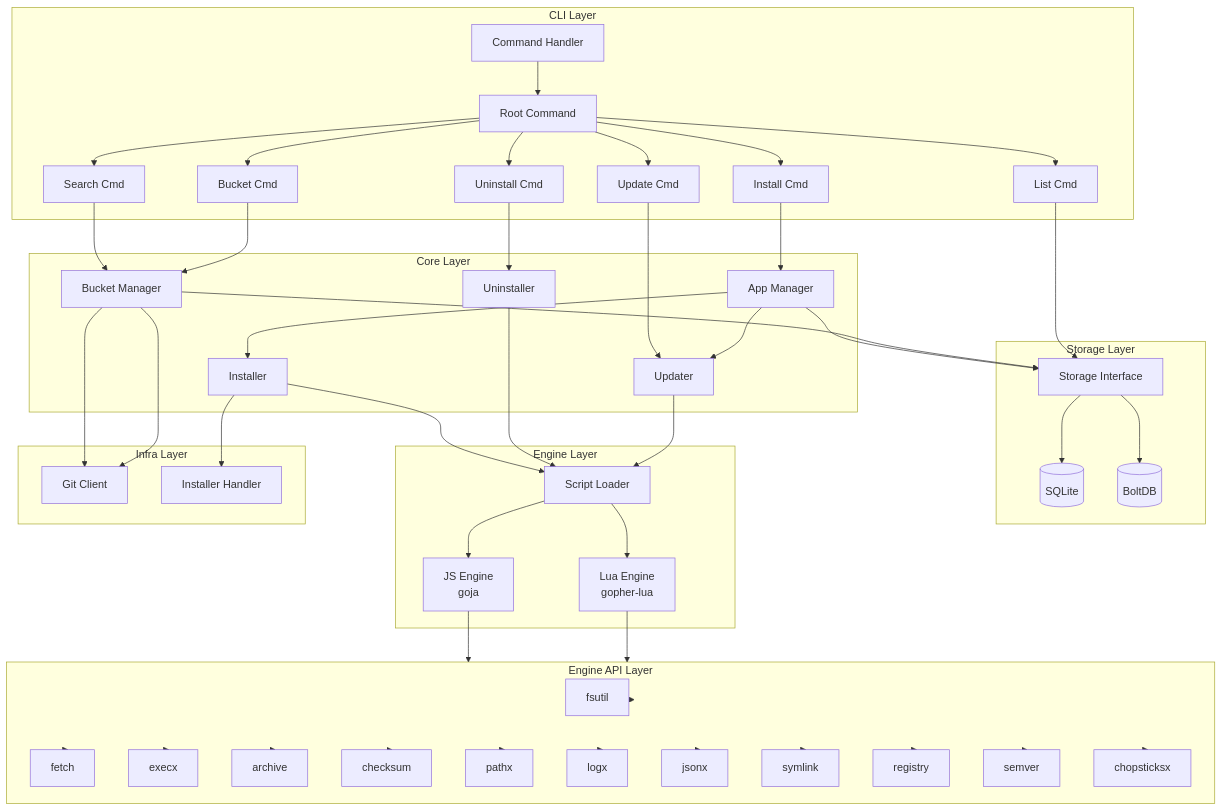
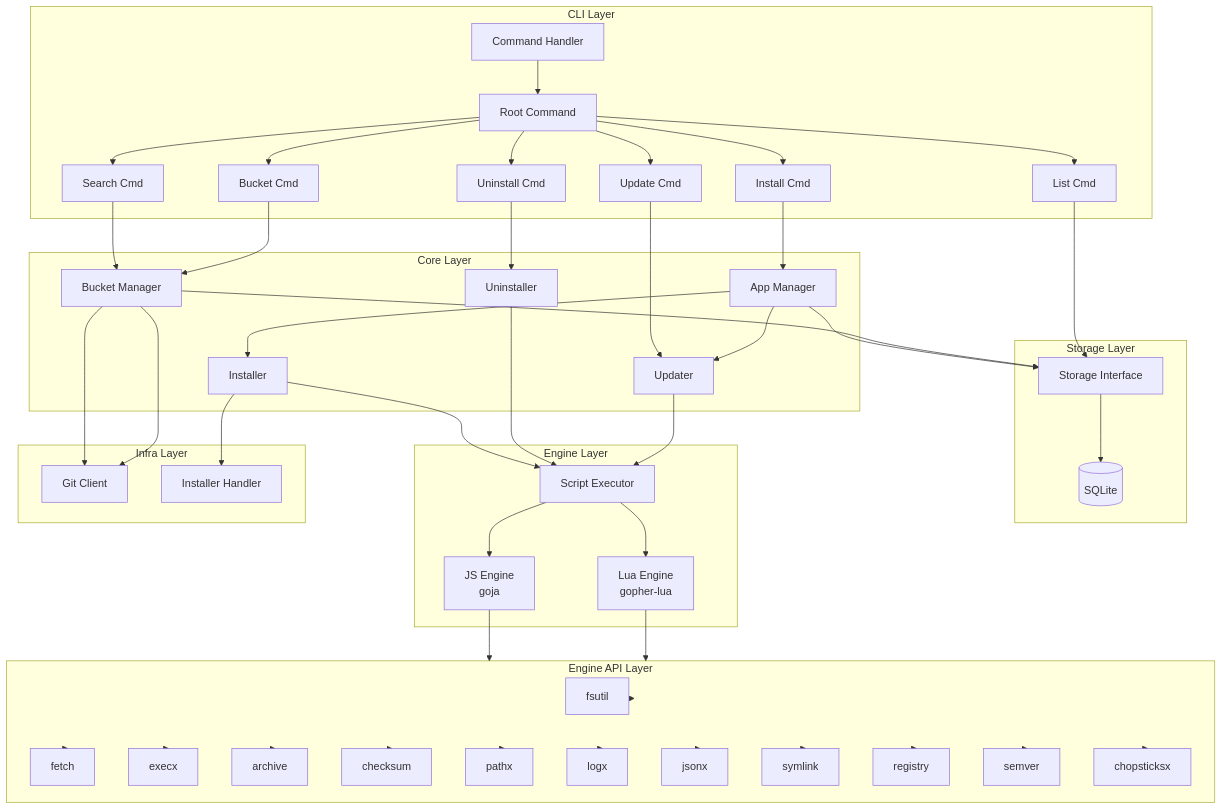
Before and after one commit to morning-start/chopsticks: the first of 4 diagrams in wiki/ARCHITECTURE.md, drawn with Mermaid. The commit also changed other lines of this file and 4 other files, not shown here.

````diff
--- a/wiki/ARCHITECTURE.md
+++ b/wiki/ARCHITECTURE.md
@@ -84,78 +85,77 @@
 ```mermaid
 graph TB
     subgraph CLI[CLI Layer]
         CMD[Command Handler]
         ROOT[Root Command]
         INSTALL[Install Cmd]
         UNINSTALL[Uninstall Cmd]
         UPDATE[Update Cmd]
         SEARCH[Search Cmd]
         LIST[List Cmd]
         BUCKET[Bucket Cmd]
     end
 
     subgraph CORE[Core Layer]
         APP_MGR[App Manager]
         BUCKET_MGR[Bucket Manager]
         INSTALLER[Installer]
         UNINSTALLER[Uninstaller]
         UPDATER[Updater]
     end
 
     subgraph STORE[Storage Layer]
         SQLITE[(SQLite)]
-        BOLT[(BoltDB)]
         STORAGE[Storage Interface]
     end
 
     subgraph ENGINE[Engine Layer]
         JS[JS Engine<br/>goja]
         LUA[Lua Engine<br/>gopher-lua]
-        SCRIPT[Script Loader]
+        SCRIPT[Script Executor]
     end
 
     subgraph API[Engine API Layer]
         FS[fsutil]
         FETCH[fetch]
         EXEC[execx]
         ARCH[archive]
         CHECK[checksum]
         PATH[pathx]
         LOG[logx]
         JSON[jsonx]
         SYM[symlink]
         REG[registry]
         SEMVER[semver]
         CHOPX[chopsticksx]
     end
 
     subgraph INFRA[Infra Layer]
         GIT[Git Client]
         INST[Installer Handler]
     end
 
     CMD --> ROOT
     ROOT --> INSTALL & UNINSTALL & UPDATE & SEARCH & LIST & BUCKET
 
     INSTALL --> APP_MGR
     UNINSTALL --> UNINSTALLER
     UPDATE --> UPDATER
     SEARCH --> BUCKET_MGR
     LIST --> STORAGE
     BUCKET --> BUCKET_MGR
 
     APP_MGR --> INSTALLER & UPDATER
     BUCKET_MGR --> GIT
 
     INSTALLER & UNINSTALLER & UPDATER --> SCRIPT
     SCRIPT --> JS & LUA
 
     JS & LUA --> API
     API --> FS & FETCH & EXEC & ARCH & CHECK & PATH & LOG & JSON & SYM & REG & SEMVER & CHOPX
 
     APP_MGR & BUCKET_MGR --> STORAGE
-    STORAGE --> SQLITE & BOLT
+    STORAGE --> SQLITE
 
     INSTALLER --> INST
     BUCKET_MGR --> GIT
 ```
````
